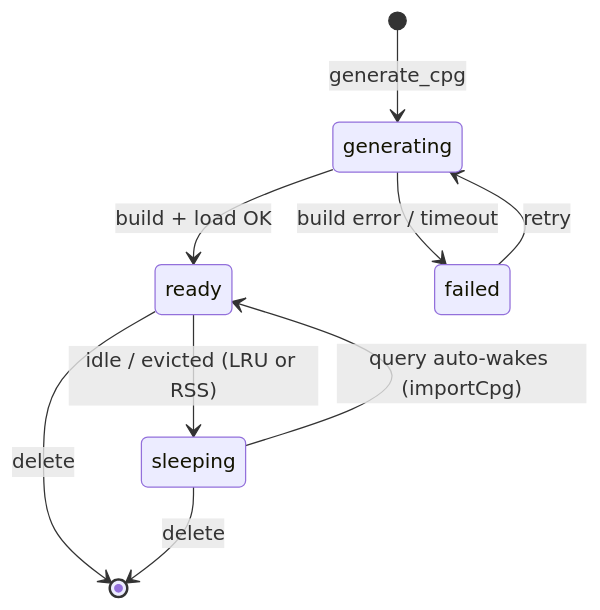
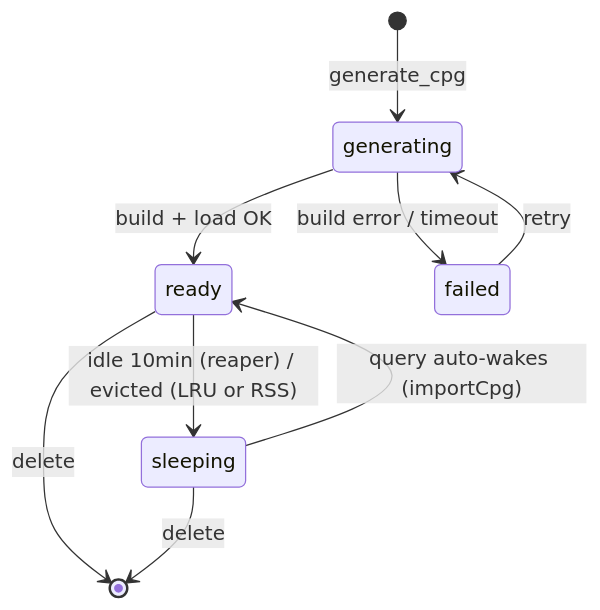
Before and after one commit to Lekssays/codebadger: the third of 4 diagrams in docs/architecture.md, drawn with Mermaid. The commit also changed other lines of this file and 24 other files, not shown here.

````diff
--- a/docs/architecture.md
+++ b/docs/architecture.md
@@ -69,11 +71,11 @@
 ```mermaid
 stateDiagram-v2
     [*] --> generating: generate_cpg
     generating --> ready: build + load OK
     generating --> failed: build error / timeout
-    ready --> sleeping: idle / evicted (LRU or RSS)
+    ready --> sleeping: idle 10min (reaper) / evicted (LRU or RSS)
     sleeping --> ready: query auto-wakes (importCpg)
     failed --> generating: retry
     ready --> [*]: delete
     sleeping --> [*]: delete
 ```
````
